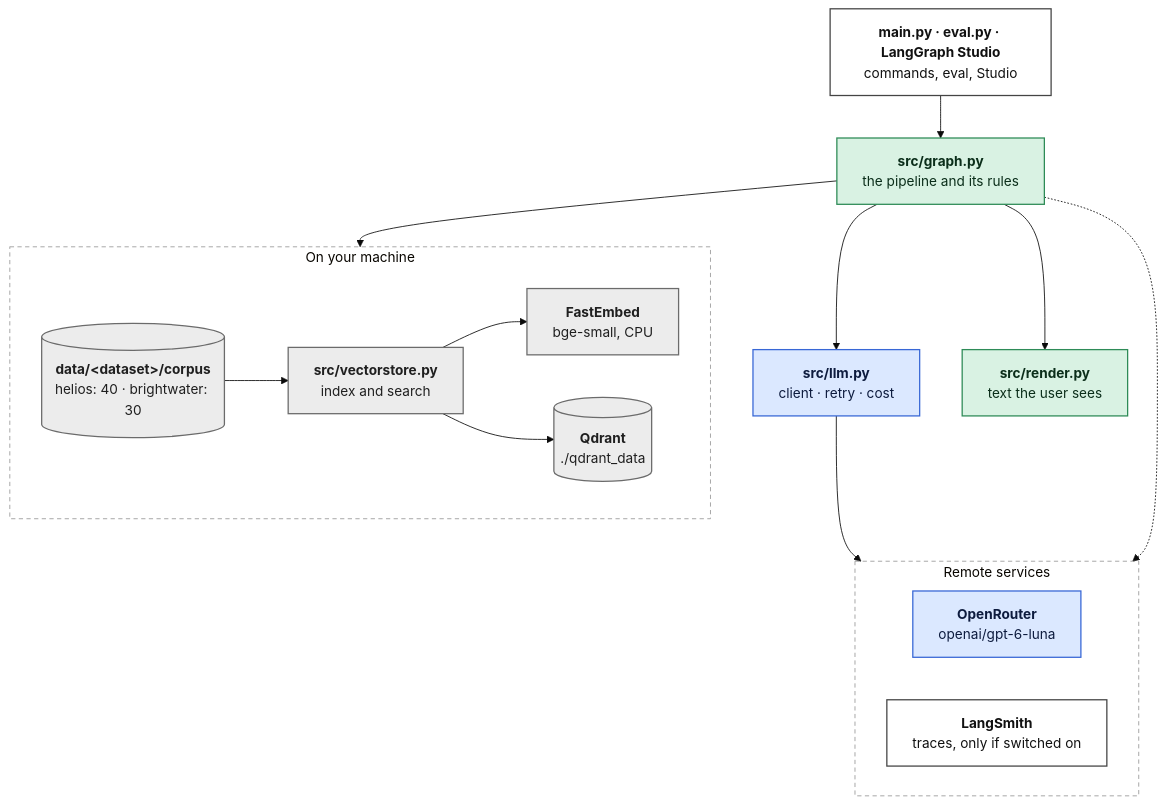
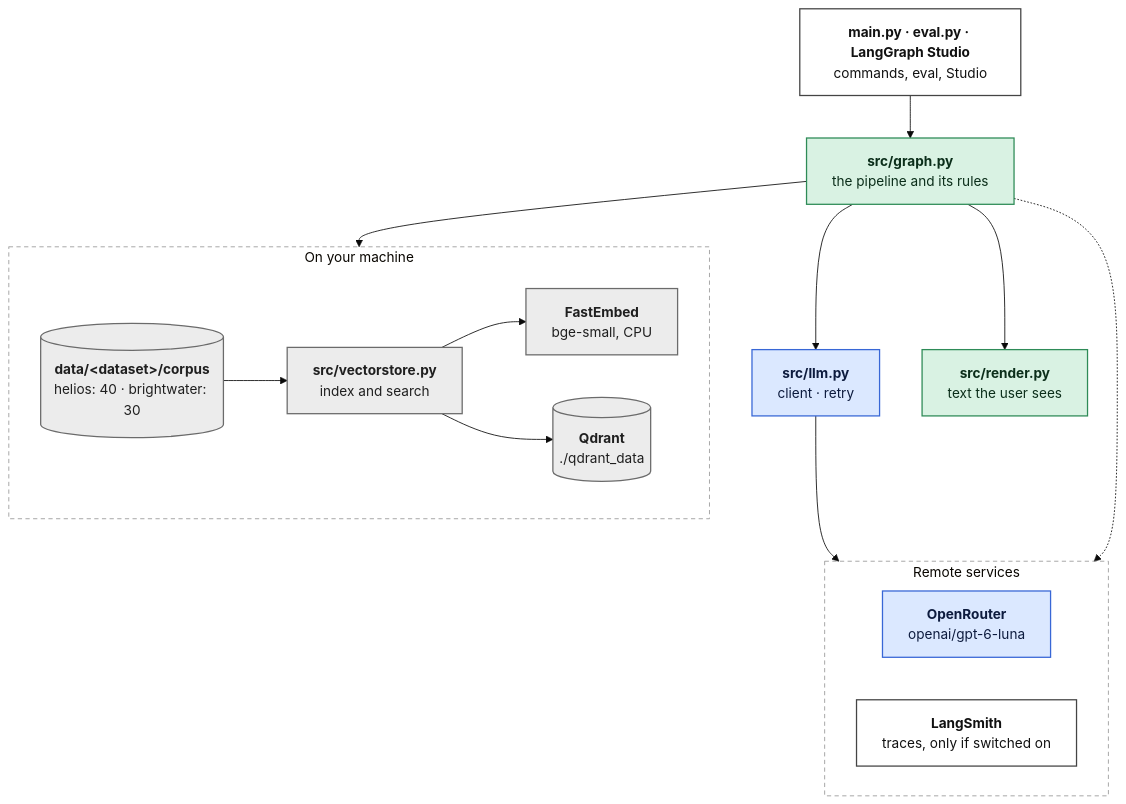
Before and after one commit to chrzanowski000/AICONIC-CRAG: the first of 2 diagrams in docs/architecture.md, drawn with Mermaid (base theme). The commit also changed other lines of this file and 16 other files, not shown here.

````diff
--- a/docs/architecture.md
+++ b/docs/architecture.md
@@ -20,35 +20,35 @@
 ```mermaid
 flowchart TB
     CLI["<b>main.py · eval.py · LangGraph Studio</b><br/>commands, eval, Studio"]:::io
     G["<b>src/graph.py</b><br/>the pipeline and its rules"]:::code
     subgraph local [" On your machine "]
         direction LR
         VS["<b>src/vectorstore.py</b><br/>index and search"]:::local
         EMB["<b>FastEmbed</b><br/>bge-small, CPU"]:::local
         QD[("<b>Qdrant</b><br/>./qdrant_data")]:::local
         DOCS[("<b>data/&lt;dataset&gt;/corpus</b><br/>helios: 40 · brightwater: 30")]:::local
     end
-    LLM["<b>src/llm.py</b><br/>client · retry · cost"]:::llm
+    LLM["<b>src/llm.py</b><br/>client · retry"]:::llm
     R["<b>src/render.py</b><br/>text the user sees"]:::code
     subgraph remote [" Remote services "]
         direction LR
         OR["<b>OpenRouter</b><br/>openai/gpt-6-luna"]:::llm
         LS["<b>LangSmith</b><br/>traces, only if switched on"]:::io
     end
     CLI --> G
     G --> VS
     G --> LLM
     G --> R
     DOCS --> VS
     VS --> EMB
     VS --> QD
     LLM --> OR
     G -.-> LS
 
     classDef llm fill:#dbe8ff,stroke:#3867d6,stroke-width:1.5px,color:#0d1b3e
     classDef code fill:#d9f2e3,stroke:#2e8b57,stroke-width:1.5px,color:#0b2e1a
     classDef local fill:#ececec,stroke:#6b6b6b,stroke-width:1.5px,color:#1f1f1f
     classDef io fill:#ffffff,stroke:#444444,stroke-width:1.5px,color:#111111
     style local fill:transparent,stroke:#999999,stroke-dasharray:5 4
     style remote fill:transparent,stroke:#999999,stroke-dasharray:5 4
 ```
````
